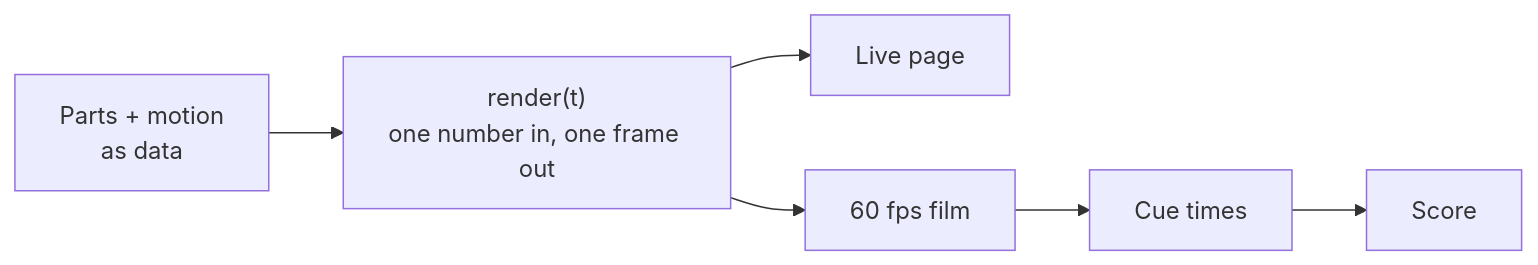
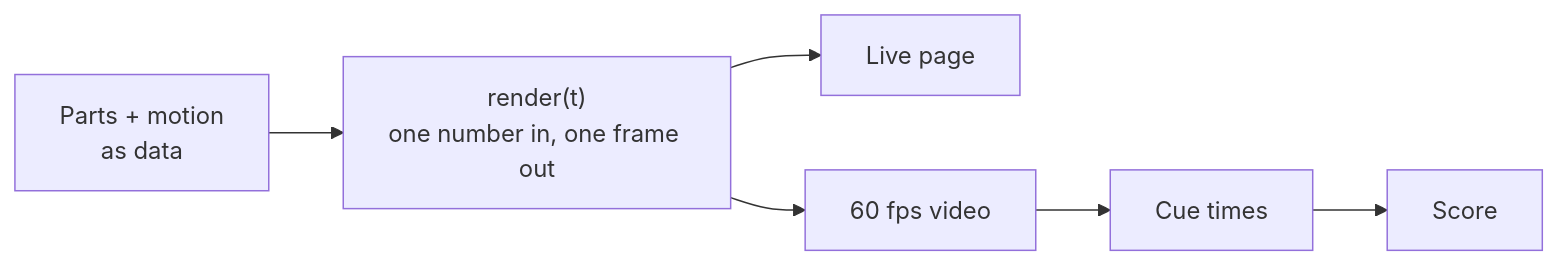
One commit to Vedmeena21/3D-product-visualization changed the diagram in README.md. Above: the diagram before and after it, drawn with Mermaid. The commit also changed other lines of this file and 2 other files, not shown here.

Commit message:
docs: say video instead of film

````diff
--- a/README.md
+++ b/README.md
@@ -39,7 +39,7 @@
 ```mermaid
 flowchart LR
   A[Parts + motion<br/>as data] --> B["render(t)<br/>one number in, one frame out"]
   B --> C[Live page]
-  B --> D[60 fps film]
+  B --> D[60 fps video]
   D --> E[Cue times] --> F[Score]
 ```
````
